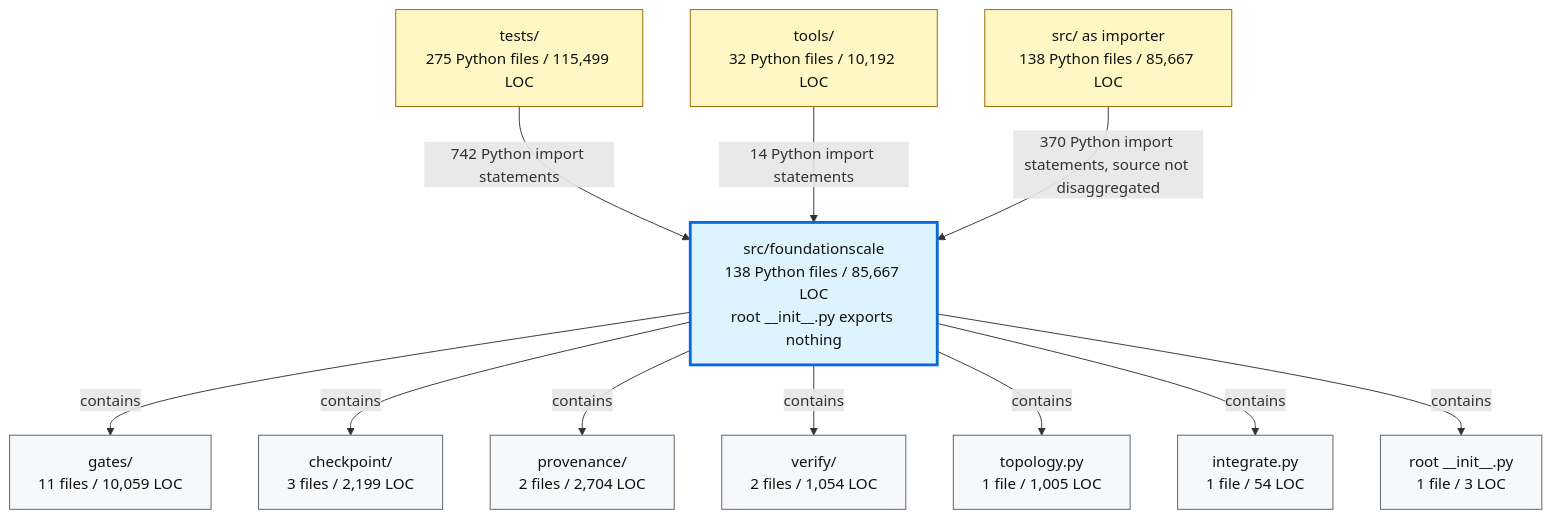
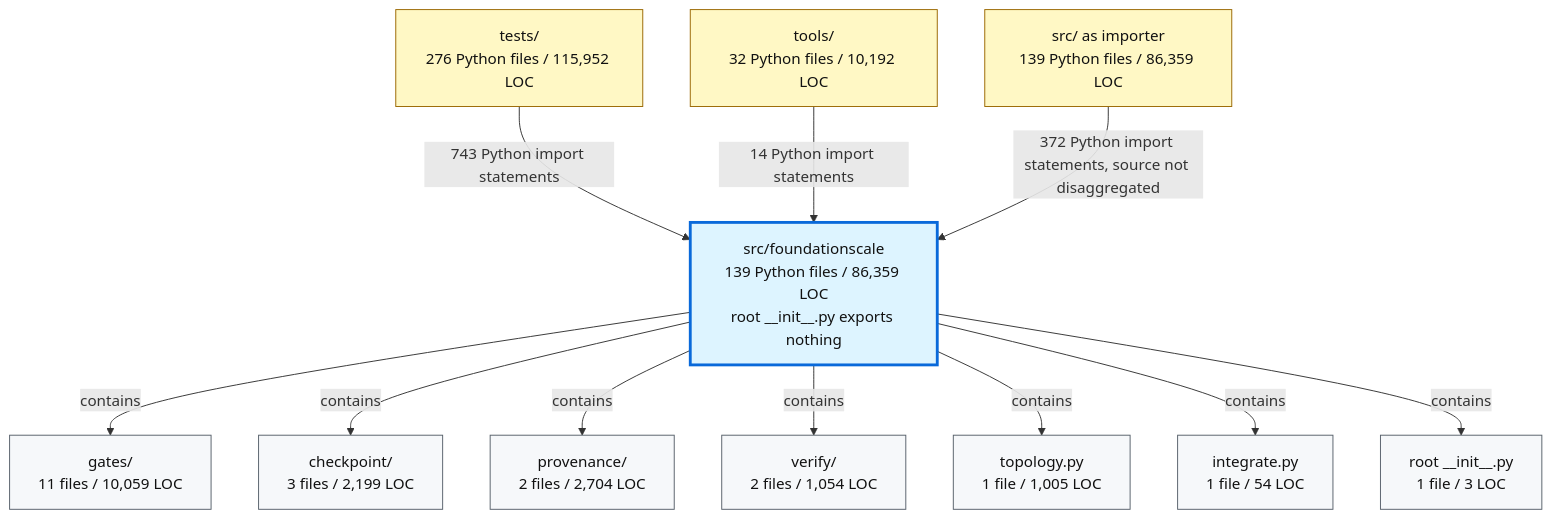
Before and after one commit to TranNhiem/FoundationScale: the second of 2 diagrams in docs/review/D2_current_architecture.md, drawn with Mermaid. The commit also changed other lines of this file and 15 other files, not shown here.

````diff
--- a/docs/review/D2_current_architecture.md
+++ b/docs/review/D2_current_architecture.md
@@ -97,36 +97,36 @@
 ```mermaid
 flowchart TB
-  TESTS["tests/<br/>275 Python files / 115,499 LOC"]
+  TESTS["tests/<br/>276 Python files / 115,952 LOC"]
   TOOLS["tools/<br/>32 Python files / 10,192 LOC"]
-  SRC["src/ as importer<br/>138 Python files / 85,667 LOC"]
+  SRC["src/ as importer<br/>139 Python files / 86,359 LOC"]
 
-  FS["src/foundationscale<br/>138 Python files / 85,667 LOC<br/>root __init__.py exports nothing"]
+  FS["src/foundationscale<br/>139 Python files / 86,359 LOC<br/>root __init__.py exports nothing"]
 
   GATES["gates/<br/>11 files / 10,059 LOC"]
   CKPT["checkpoint/<br/>3 files / 2,199 LOC"]
   PROV["provenance/<br/>2 files / 2,704 LOC"]
   VERIFY["verify/<br/>2 files / 1,054 LOC"]
   TOPO["topology.py<br/>1 file / 1,005 LOC"]
   INTEG["integrate.py<br/>1 file / 54 LOC"]
   ROOT["root __init__.py<br/>1 file / 3 LOC"]
 
-  TESTS -->|"742 Python import statements"| FS
+  TESTS -->|"743 Python import statements"| FS
   TOOLS -->|"14 Python import statements"| FS
-  SRC -->|"370 Python import statements, source not disaggregated"| FS
+  SRC -->|"372 Python import statements, source not disaggregated"| FS
 
   FS -->|"contains"| GATES
   FS -->|"contains"| CKPT
   FS -->|"contains"| PROV
   FS -->|"contains"| VERIFY
   FS -->|"contains"| TOPO
   FS -->|"contains"| INTEG
   FS -->|"contains"| ROOT
 
   classDef consumer fill:#fff8c5,stroke:#9a6700,color:#111;
   classDef package fill:#ddf4ff,stroke:#0969da,stroke-width:3px,color:#111;
   classDef module fill:#f6f8fa,stroke:#57606a,color:#111;
 
   class TESTS,TOOLS,SRC consumer;
   class FS package;
   class GATES,CKPT,PROV,VERIFY,TOPO,INTEG,ROOT module;
 ```
````
